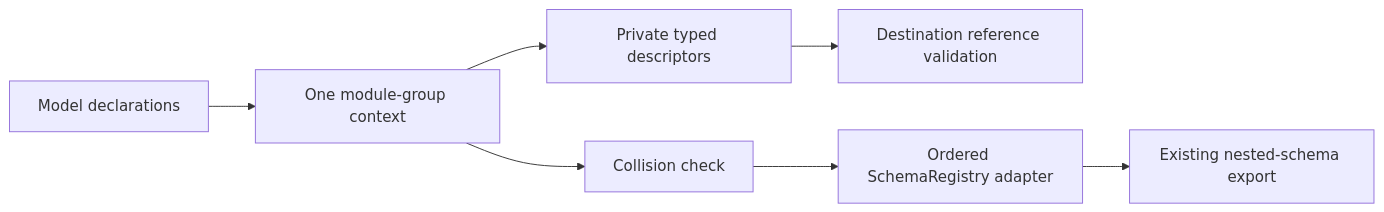
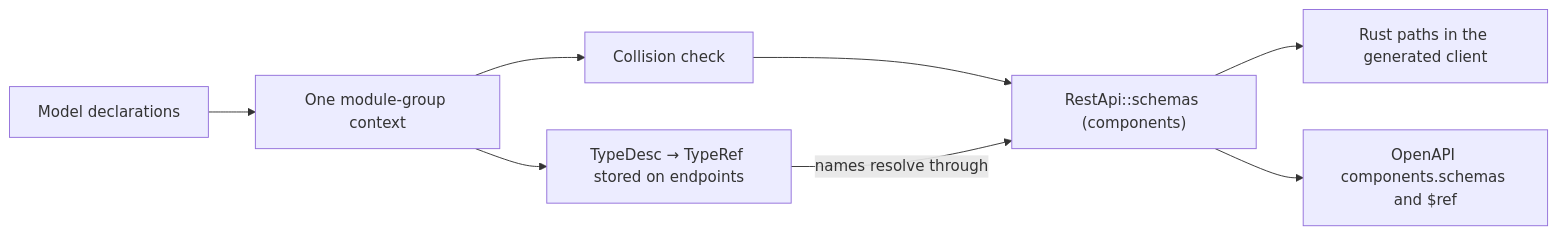
Before and after one commit to yankeeinlondon/rusty-biscuit: the diagram in schematic/docs/typed-registration.md, drawn with Mermaid. The commit also changed other lines of this file and 16 other files, not shown here.

First line of the commit message:
docs(schematic): document component-based schema references

````diff
--- a/schematic/docs/typed-registration.md
+++ b/schematic/docs/typed-registration.md
@@ -75,9 +109,10 @@
 ```mermaid
 flowchart LR
     D[Model declarations] --> C[One module-group context]
-    C --> T[Private typed descriptors]
-    T --> V[Destination reference validation]
     C --> F[Collision check]
-    F --> R[Ordered SchemaRegistry adapter]
-    R --> E[Existing nested-schema export]
+    C --> T["TypeDesc → TypeRef stored on endpoints"]
+    F --> S["RestApi::schemas (components)"]
+    T -->|names resolve through| S
+    S --> R[Rust paths in the generated client]
+    S --> O["OpenAPI components.schemas and $ref"]
 ```
````
